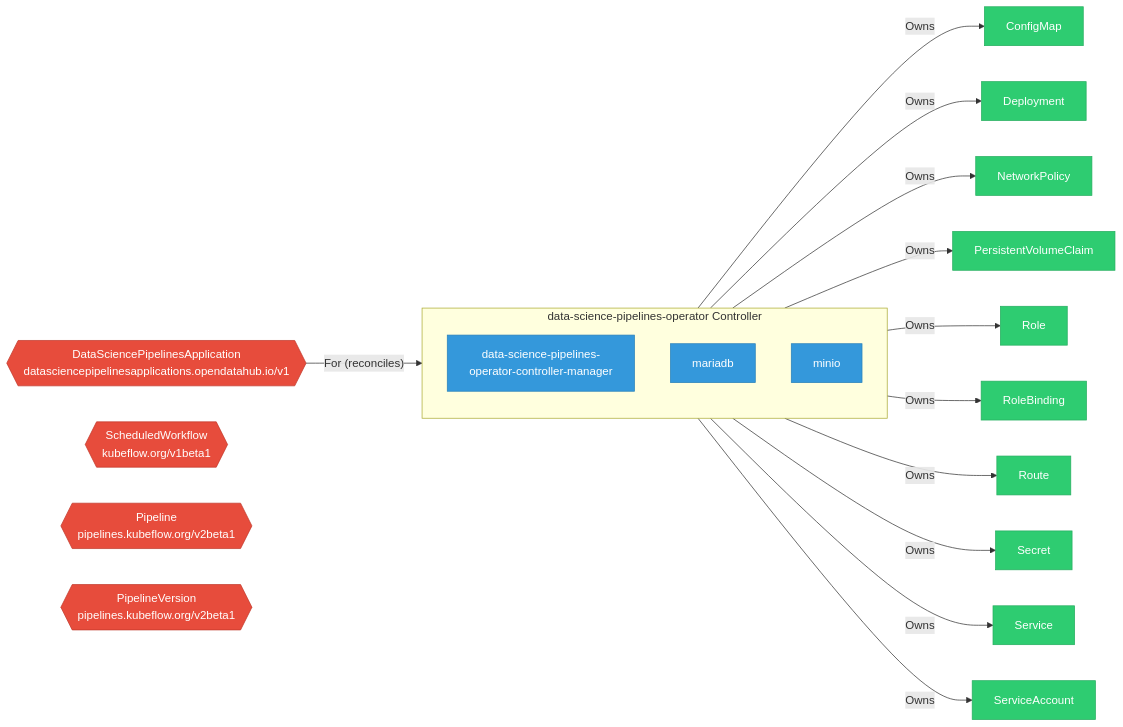
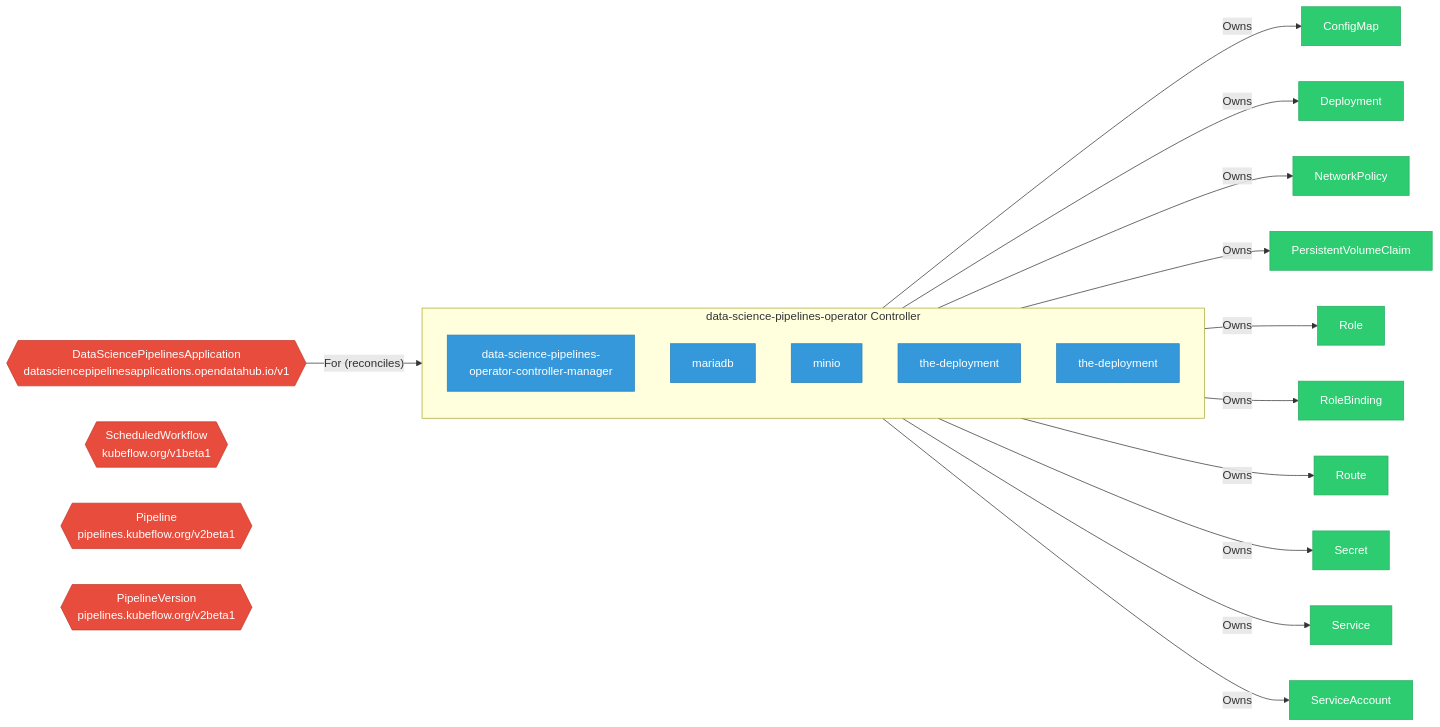
One commit to ugiordan/rhoai-architecture-analyzer changed the diagram in site/docs/use-cases/odh-platform/components/data_science_pipelines_operator/index.md. Above: the diagram before and after it, drawn with Mermaid. The commit also changed other lines of this file and 402 other files, not shown here.

````diff
--- a/site/docs/use-cases/odh-platform/components/data_science_pipelines_operator/index.md
+++ b/site/docs/use-cases/odh-platform/components/data_science_pipelines_operator/index.md
@@ -25,49 +25,53 @@
 ```mermaid
 graph LR
     %% Component architecture for data-science-pipelines-operator
 
     classDef crd fill:#e74c3c,stroke:#c0392b,color:#fff
     classDef controller fill:#3498db,stroke:#2980b9,color:#fff
     classDef owned fill:#2ecc71,stroke:#27ae60,color:#fff
     classDef external fill:#95a5a6,stroke:#7f8c8d,color:#fff
     classDef dep fill:#f39c12,stroke:#e67e22,color:#fff
 
     subgraph controller["data-science-pipelines-operator Controller"]
         dep_1["data-science-pipelines-operator-controller-manager"]
         class dep_1 controller
         dep_2["mariadb"]
         class dep_2 controller
         dep_3["minio"]
         class dep_3 controller
+        dep_4["the-deployment"]
+        class dep_4 controller
+        dep_5["the-deployment"]
+        class dep_5 controller
     end
 
     crd_DataSciencePipelinesApplication{{"DataSciencePipelinesApplication\ndatasciencepipelinesapplications.opendatahub.io/v1"}}
     class crd_DataSciencePipelinesApplication crd
     crd_DataSciencePipelinesApplication -->|"For (reconciles)"| controller
     crd_ScheduledWorkflow{{"ScheduledWorkflow\nkubeflow.org/v1beta1"}}
     class crd_ScheduledWorkflow crd
     crd_Pipeline{{"Pipeline\npipelines.kubeflow.org/v2beta1"}}
     class crd_Pipeline crd
     crd_PipelineVersion{{"PipelineVersion\npipelines.kubeflow.org/v2beta1"}}
     class crd_PipelineVersion crd
-    controller -->|"Owns"| owned_4["ConfigMap"]
-    class owned_4 owned
-    controller -->|"Owns"| owned_5["Deployment"]
-    class owned_5 owned
-    controller -->|"Owns"| owned_6["NetworkPolicy"]
+    controller -->|"Owns"| owned_6["ConfigMap"]
     class owned_6 owned
-    controller -->|"Owns"| owned_7["PersistentVolumeClaim"]
+    controller -->|"Owns"| owned_7["Deployment"]
     class owned_7 owned
-    controller -->|"Owns"| owned_8["Role"]
+    controller -->|"Owns"| owned_8["NetworkPolicy"]
     class owned_8 owned
-    controller -->|"Owns"| owned_9["RoleBinding"]
+    controller -->|"Owns"| owned_9["PersistentVolumeClaim"]
     class owned_9 owned
-    controller -->|"Owns"| owned_10["Route"]
+    controller -->|"Owns"| owned_10["Role"]
     class owned_10 owned
-    controller -->|"Owns"| owned_11["Secret"]
+    controller -->|"Owns"| owned_11["RoleBinding"]
     class owned_11 owned
-    controller -->|"Owns"| owned_12["Service"]
+    controller -->|"Owns"| owned_12["Route"]
     class owned_12 owned
-    controller -->|"Owns"| owned_13["ServiceAccount"]
+    controller -->|"Owns"| owned_13["Secret"]
     class owned_13 owned
+    controller -->|"Owns"| owned_14["Service"]
+    class owned_14 owned
+    controller -->|"Owns"| owned_15["ServiceAccount"]
+    class owned_15 owned
 ```
````
